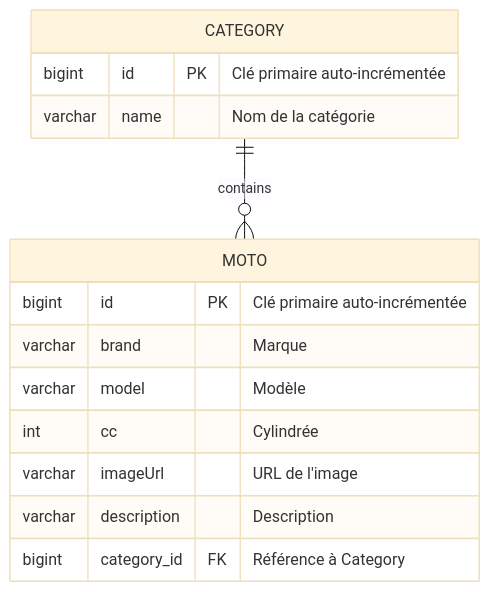
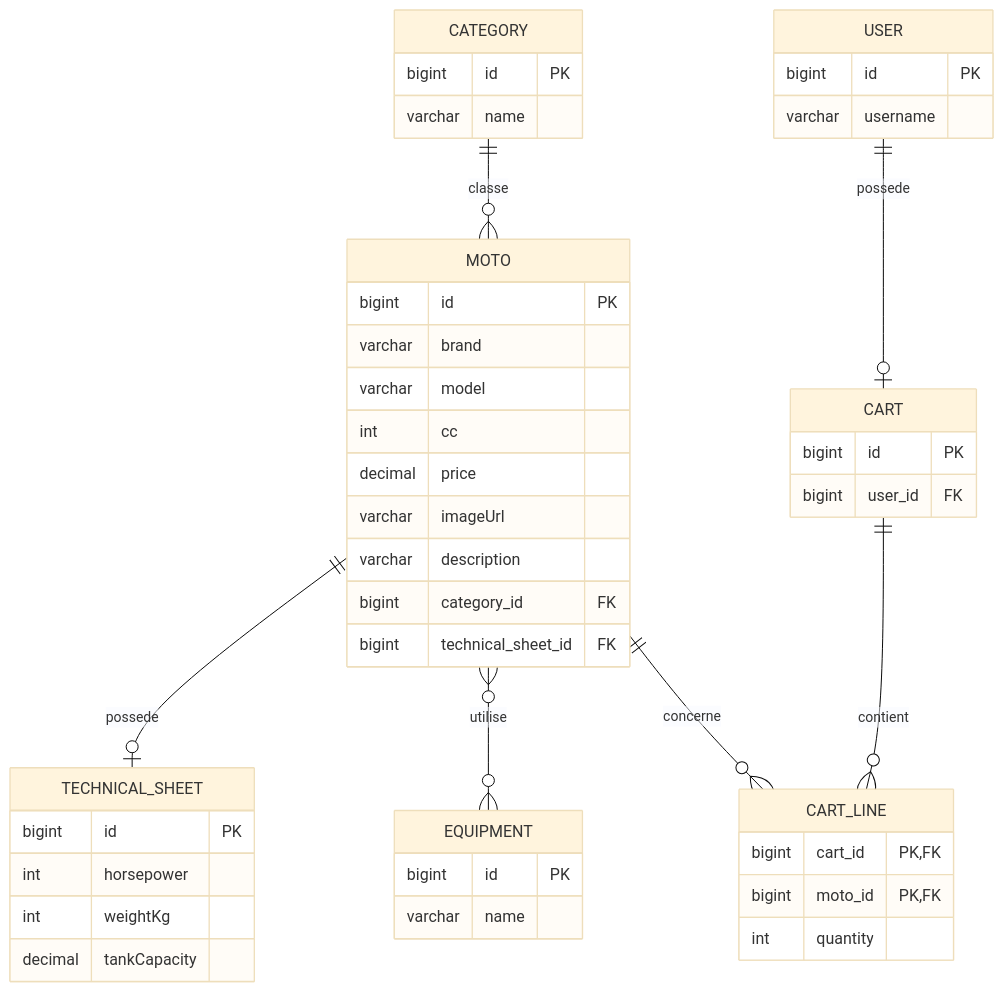
Before and after one commit to mjodheim/Learning: the first of 2 diagrams in Java/Spring/MotoCrudMVC/README.md, drawn with Mermaid (base theme). The commit also changed other lines of this file, not shown here.

````diff
--- a/Java/Spring/MotoCrudMVC/README.md
+++ b/Java/Spring/MotoCrudMVC/README.md
@@ -28,19 +63,54 @@
 ```mermaid
 erDiagram
-    CATEGORY ||--o{ MOTO : contains
+    CATEGORY ||--o{ MOTO : classe
+    MOTO ||--o| TECHNICAL_SHEET : possede
+    MOTO }o--o{ EQUIPMENT : utilise
+    USER ||--o| CART : possede
+    CART ||--o{ CART_LINE : contient
+    MOTO ||--o{ CART_LINE : concerne
 
     CATEGORY {
-        bigint id PK "Clé primaire auto-incrémentée"
-        varchar name "Nom de la catégorie"
+        bigint id PK
+        varchar name
     }
 
     MOTO {
-        bigint id PK "Clé primaire auto-incrémentée"
-        varchar brand "Marque"
-        varchar model "Modèle"
-        int cc "Cylindrée"
-        varchar imageUrl "URL de l'image"
-        varchar description "Description"
-        bigint category_id FK "Référence à Category"
+        bigint id PK
+        varchar brand
+        varchar model
+        int cc
+        decimal price
+        varchar imageUrl
+        varchar description
+        bigint category_id FK
+        bigint technical_sheet_id FK
+    }
+
+    TECHNICAL_SHEET {
+        bigint id PK
+        int horsepower
+        int weightKg
+        decimal tankCapacity
+    }
+
+    EQUIPMENT {
+        bigint id PK
+        varchar name
+    }
+
+    USER {
+        bigint id PK
+        varchar username
+    }
+
+    CART {
+        bigint id PK
+        bigint user_id FK
+    }
+
+    CART_LINE {
+        bigint cart_id PK, FK
+        bigint moto_id PK, FK
+        int quantity
     }
 ```
````
